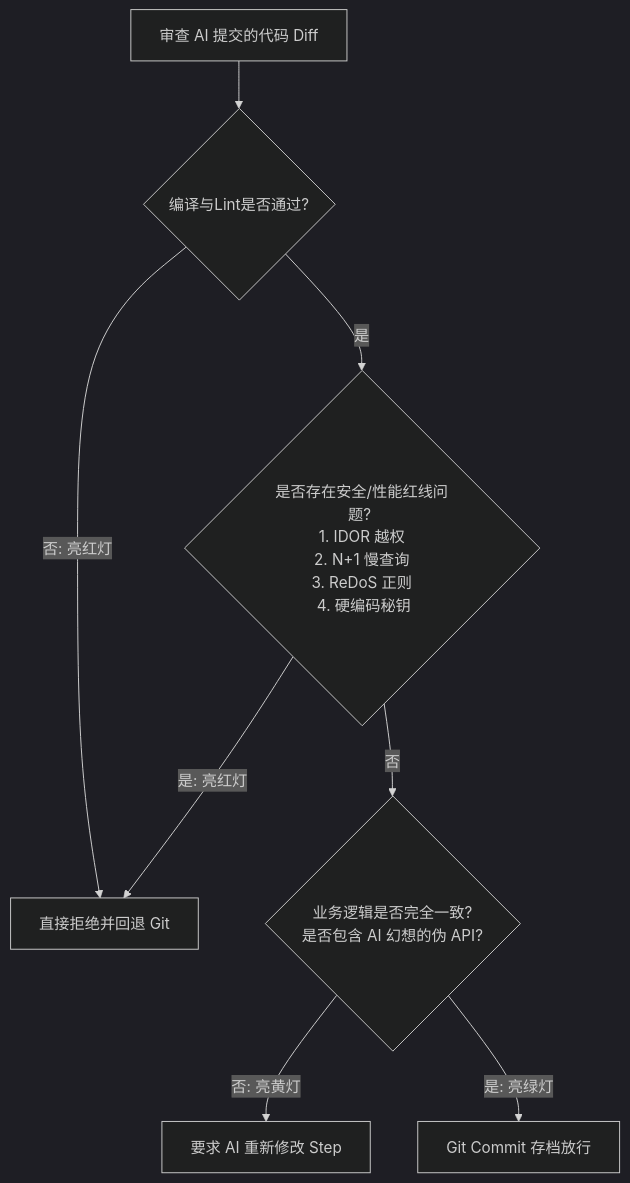
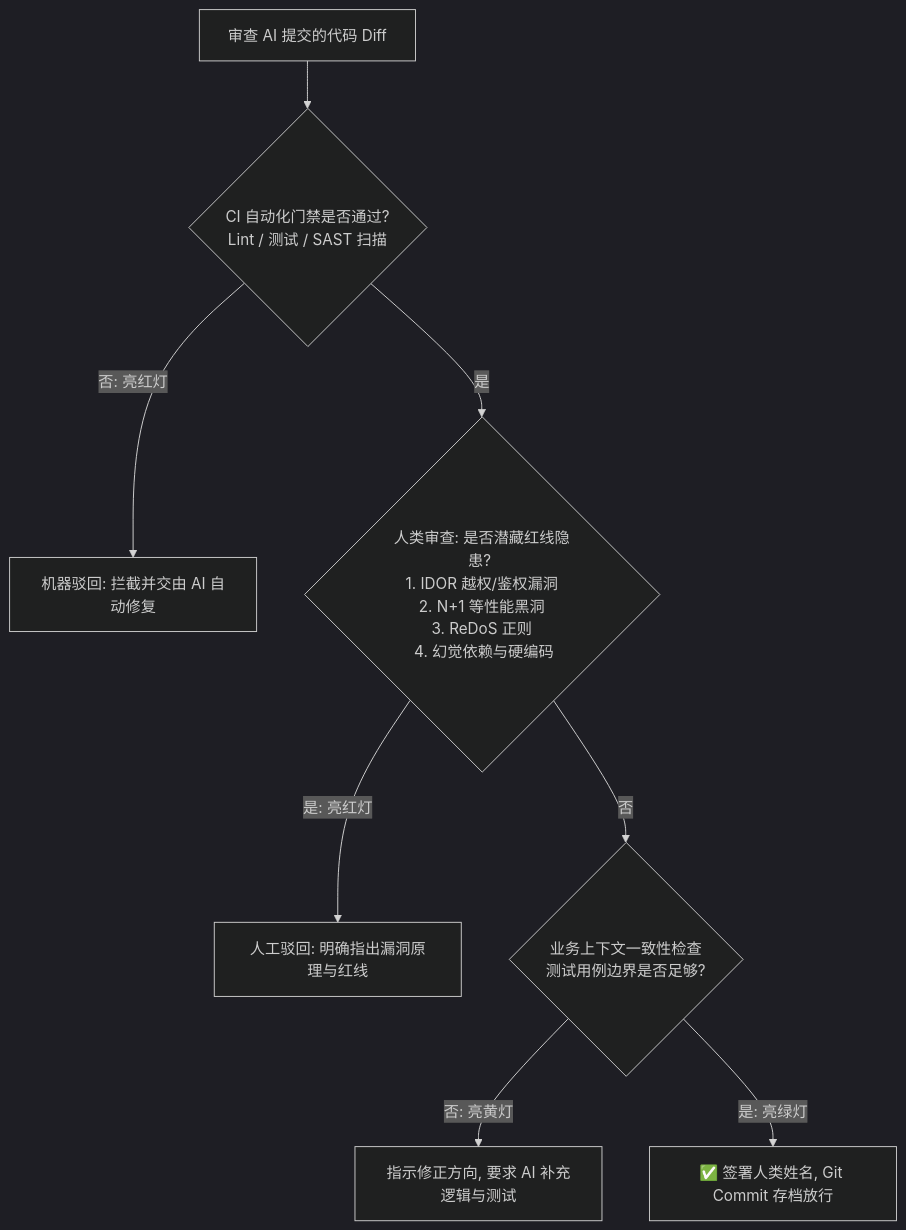
The diagram in docs/critical_thinking.md (ruanqizhen/cocode), drawn with Mermaid (dark theme) before and after one commit. The commit also changed other lines of this file and 2 other files, not shown here.

````diff
--- a/docs/critical_thinking.md
+++ b/docs/critical_thinking.md
@@ -190,12 +231,12 @@
 ```mermaid
 graph TD
-    Diff[审查 AI 提交的代码 Diff] --> Compiles{编译与Lint是否通过?}
-    Compiles -- 否: 亮红灯 --> Reject[直接拒绝并回退 Git]
-    Compiles -- 是 --> RedLines{是否存在安全/性能红线问题? <br> 1. IDOR 越权 <br> 2. N+1 慢查询 <br> 3. ReDoS 正则 <br> 4. 硬编码秘钥}
+    Diff[审查 AI 提交的代码 Diff] --> Compiles{CI 自动化门禁是否通过? <br> Lint / 测试 / SAST 扫描}
+    Compiles -- 否: 亮红灯 --> Reject[机器驳回: 拦截并交由 AI 自动修复]
+    Compiles -- 是 --> RedLines{人类审查: 是否潜藏红线隐患? <br> 1. IDOR 越权/鉴权漏洞 <br> 2. N+1 等性能黑洞 <br> 3. ReDoS 正则 <br> 4. 幻觉依赖与硬编码}
     
-    RedLines -- 是: 亮红灯 --> Reject
-    RedLines -- 否 --> Business{业务逻辑是否完全一致? <br> 是否包含 AI 幻想的伪 API?}
+    RedLines -- 是: 亮红灯 --> RejectHuman[人工驳回: 明确指出漏洞原理与红线]
+    RedLines -- 否 --> Business{业务上下文一致性检查 <br> 测试用例边界是否足够?}
     
-    Business -- 否: 亮黄灯 --> Rewrite[要求 AI 重新修改 Step]
-    Business -- 是: 亮绿灯 --> Accept[Git Commit 存档放行]
+    Business -- 否: 亮黄灯 --> Rewrite[指示修正方向, 要求 AI 补充逻辑与测试]
+    Business -- 是: 亮绿灯 --> Accept[✅ 签署人类姓名, Git Commit 存档放行]
 ```
````
